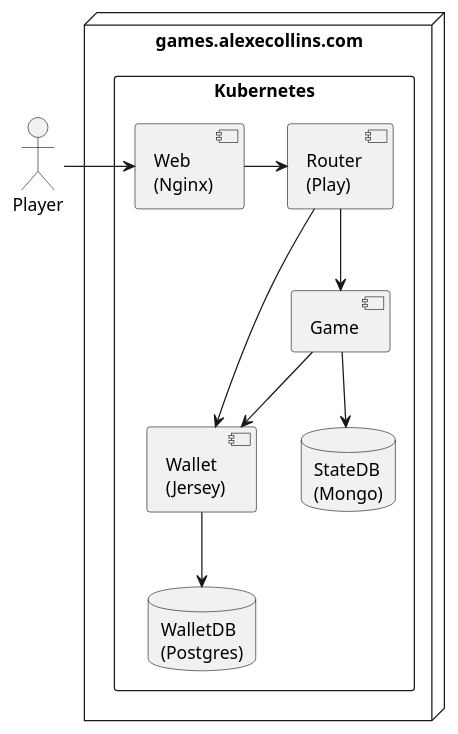
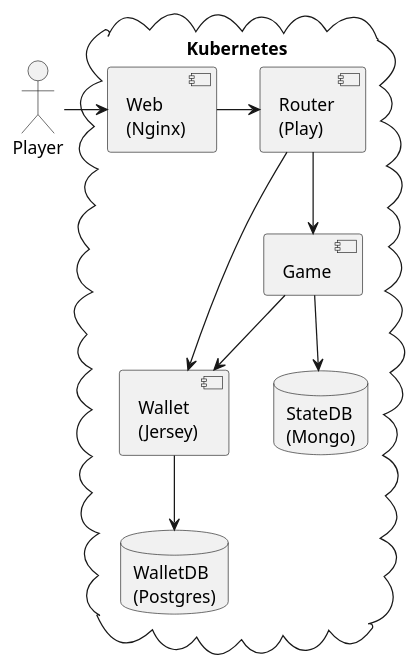
Before and after one commit to helios-games/helios-games: the diagram in arch.puml, drawn with PlantUML. The commit also changed 3 other files, not shown here.

```diff
--- a/arch.puml
+++ b/arch.puml
@@ -1,27 +1,26 @@
 @startuml
 
 skinparam shadowing false
-skinparam monochrome true
+'skinparam monochrome true
 skinparam componentStyle uml2
 
 actor Player
 
-node games.alexecollins.com {
-  rectangle Kubernetes {
-    component "Web \n(Nginx)" as Web
-    component "Router\n(Play)" as Router
-    component "Wallet\n(Jersey)" as Wallet
-    component Game
-    database "StateDB\n(Mongo)" as StateDB
-    database "WalletDB\n(Postgres)" as WalletDB
+cloud Kubernetes {
+  component "Web \n(Nginx)" as Web
+  component "Router\n(Play)" as Router
+  component "Wallet\n(Jersey)" as Wallet
+  component Game
+  database "StateDB\n(Mongo)" as StateDB
+  database "WalletDB\n(Postgres)" as WalletDB
 }
 
 Player -> Web
 Web -> Router
 Router --> Wallet
 Router -->  Game
 Game --> Wallet
 Wallet --> WalletDB
 Game --> StateDB
 
 @enduml
```
